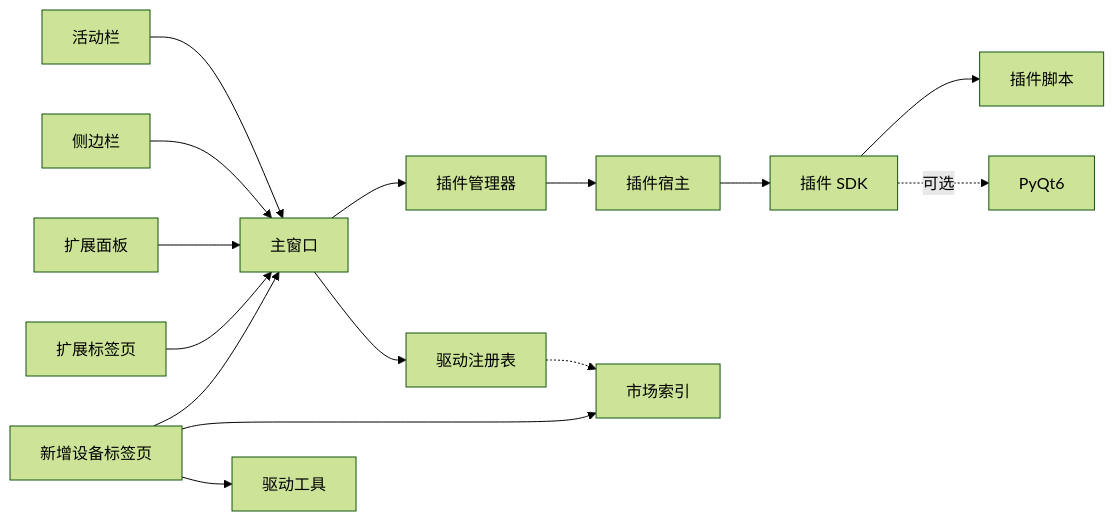
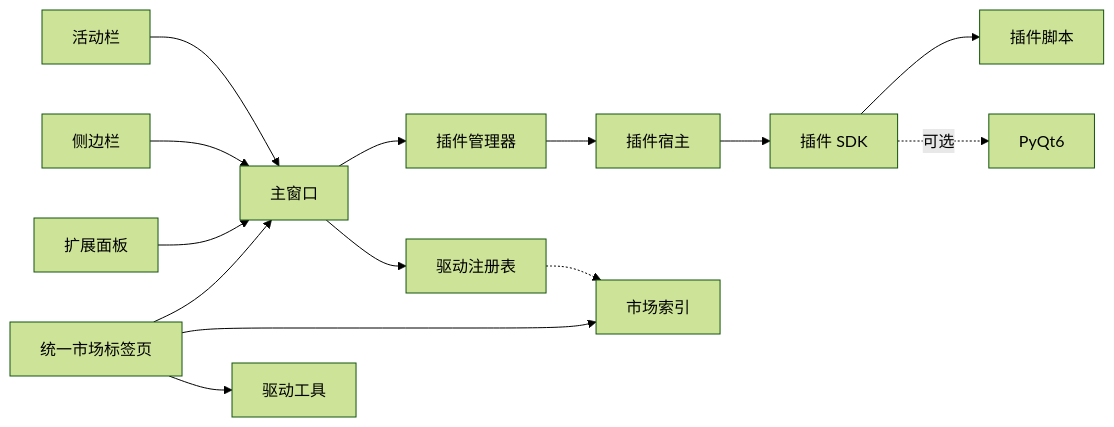
The tenth of 10 diagrams in .qoder/repowiki/zh/content/架构设计/插件系统架构/扩展面板系统.md (jakecai1225-design/OpenBus), drawn with Mermaid (forest theme) before and after one commit. The commit also changed other lines of this file and 70 other files, not shown here.

````diff
--- a/.qoder/repowiki/zh/content/架构设计/插件系统架构/扩展面板系统.md
+++ b/.qoder/repowiki/zh/content/架构设计/插件系统架构/扩展面板系统.md
@@ -606,17 +480,16 @@
 ```mermaid
 graph LR
 AB["活动栏"] --> MW["主窗口"]
 SB["侧边栏"] --> MW
 EP["扩展面板"] --> MW
-ADT["新增设备标签页"] --> MW
-ET["扩展标签页"] --> MW
+MT["统一市场标签页"] --> MW
 MW --> PM["插件管理器"]
 MW --> DR["驱动注册表"]
 PM --> PH["插件宿主"]
 PH --> SDK["插件 SDK"]
 SDK --> PL["插件脚本"]
-ADT --> MI["市场索引"]
-ADT --> DT["驱动工具"]
+MT --> MI["市场索引"]
+MT --> DT["驱动工具"]
 DR -.-> MI
 SDK -.可选.-> PyQt6
 ```
````
